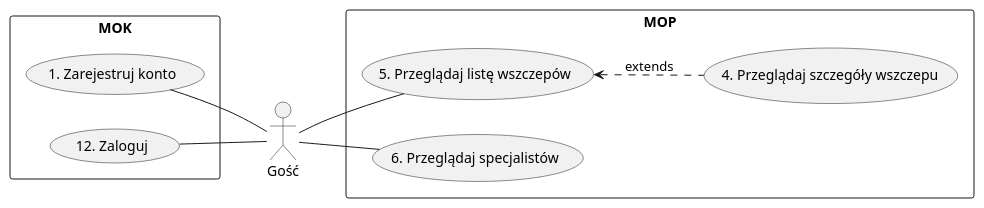
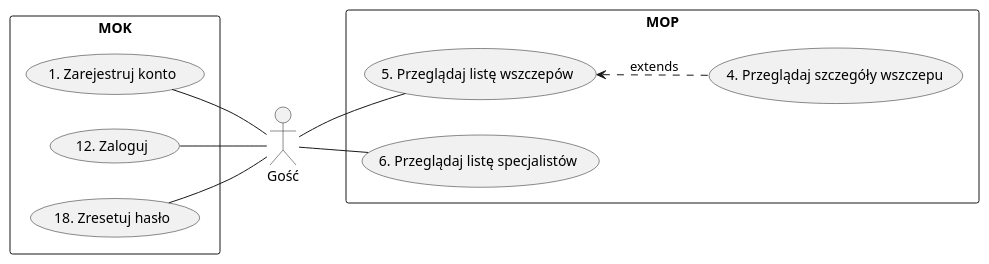
The diagram in src/rozdział 2/guest_usecase.puml (TheVivent-Politechnika-Lodzka/ssbd03_kic_uml), drawn with PlantUML before and after one commit. The commit also changed 3 other files, not shown here.

```diff
--- a/src/rozdział 2/guest_usecase.puml
+++ b/src/rozdział 2/guest_usecase.puml
@@ -1,21 +1,23 @@
 @startuml
 left to right direction
 skinparam packageStyle rectangle
 actor Gość as g
 rectangle MOK {
     usecase "1. Zarejestruj konto" as mok1
     usecase "12. Zaloguj" as mok12
+    usecase "18. Zresetuj hasło" as mok18
 }
 
 rectangle MOP {
     usecase "4. Przeglądaj szczegóły wszczepu" as mop4
     usecase "5. Przeglądaj listę wszczepów" as mop5
-    usecase "6. Przeglądaj specjalistów"  as mop6
+    usecase "6. Przeglądaj listę specjalistów"  as mop6
 }
 
 g-- mop6
 g -- mop5
 mop5 <.. mop4 : extends
 mok1 -- g
 mok12 -- g
+mok18 --g
 @enduml
```
